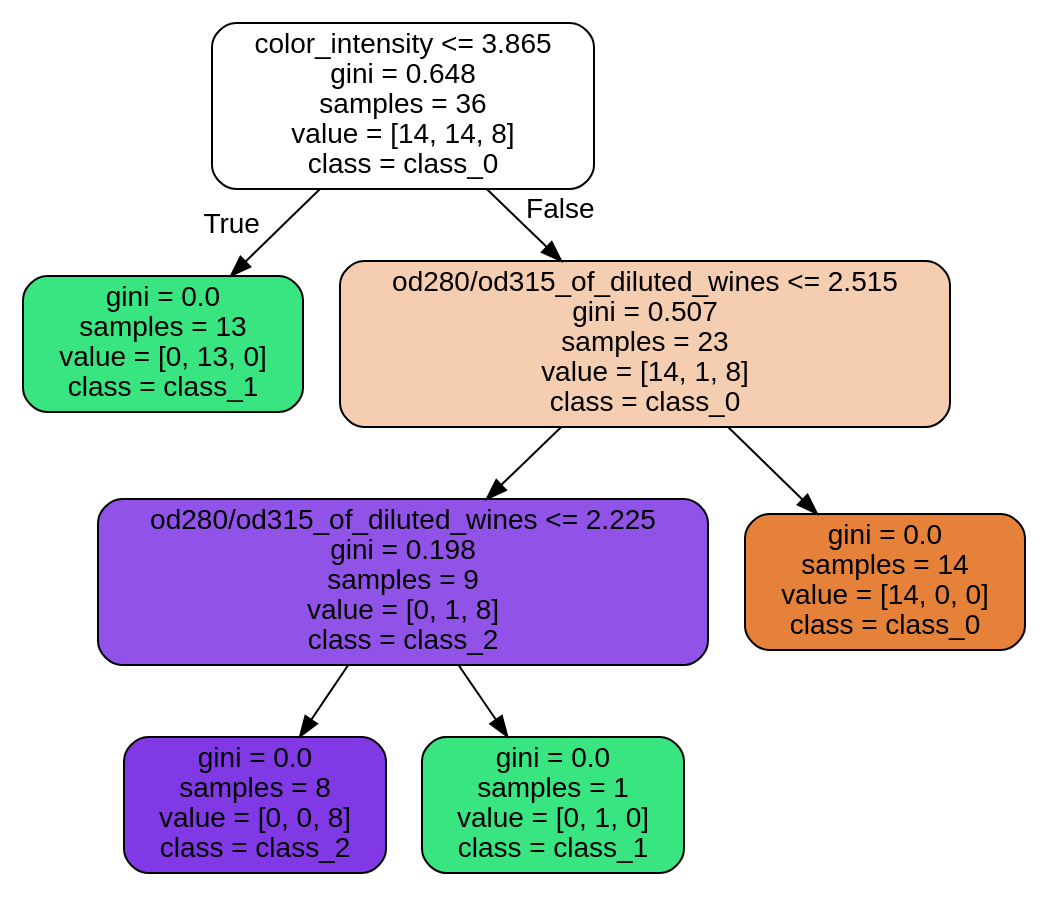
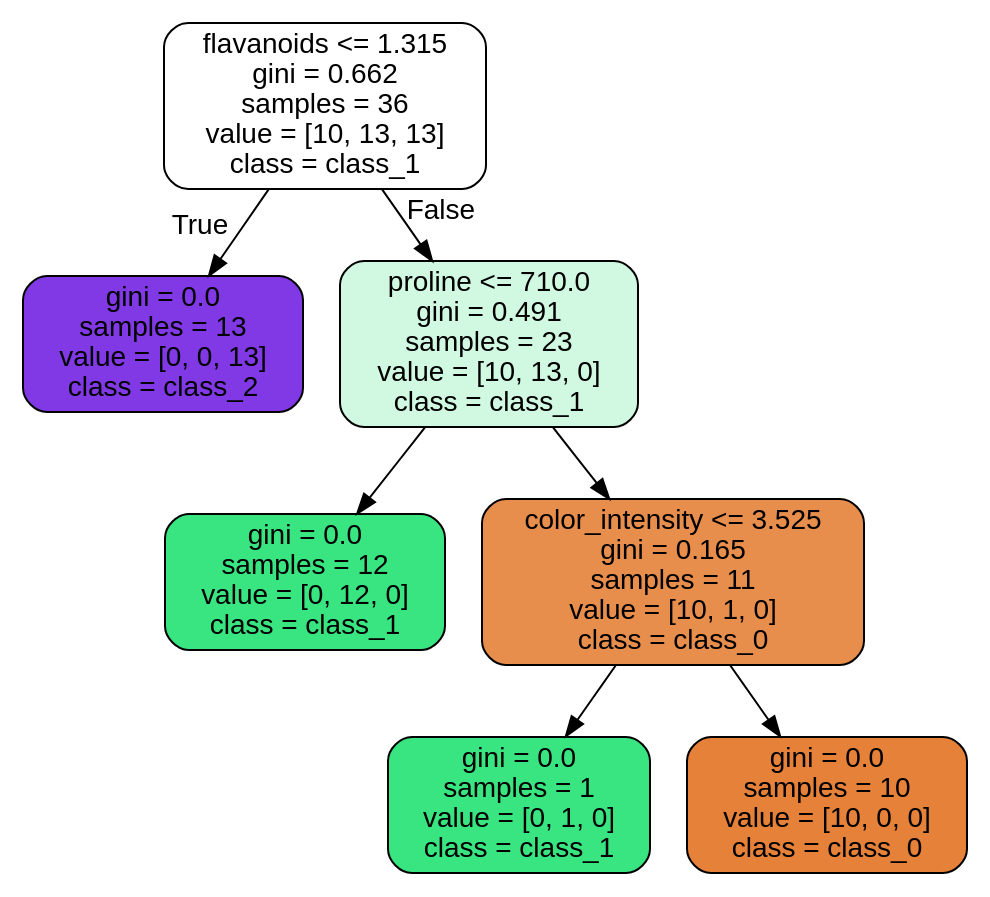
The diagram in images/decision_trees/wine_tree_test.dot (JoseDeJesusMendozaBecerril/Practica4_MineriaDeDatos), drawn with Graphviz before and after one commit. The commit also changed 8 other files, not shown here.

```diff
--- a/images/decision_trees/wine_tree_test.dot
+++ b/images/decision_trees/wine_tree_test.dot
@@ -1,17 +1,17 @@
 digraph Tree {
 node [shape=box, style="filled, rounded", color="black", fontname=helvetica] ;
 edge [fontname=helvetica] ;
-0 [label="color_intensity <= 3.865\ngini = 0.648\nsamples = 36\nvalue = [14, 14, 8]\nclass = class_0", fillcolor="#ffffff"] ;
-1 [label="gini = 0.0\nsamples = 13\nvalue = [0, 13, 0]\nclass = class_1", fillcolor="#39e581"] ;
+0 [label="flavanoids <= 1.315\ngini = 0.662\nsamples = 36\nvalue = [10, 13, 13]\nclass = class_1", fillcolor="#ffffff"] ;
+1 [label="gini = 0.0\nsamples = 13\nvalue = [0, 0, 13]\nclass = class_2", fillcolor="#8139e5"] ;
 0 -> 1 [labeldistance=2.5, labelangle=45, headlabel="True"] ;
-2 [label="od280/od315_of_diluted_wines <= 2.515\ngini = 0.507\nsamples = 23\nvalue = [14, 1, 8]\nclass = class_0", fillcolor="#f5cdb0"] ;
+2 [label="proline <= 710.0\ngini = 0.491\nsamples = 23\nvalue = [10, 13, 0]\nclass = class_1", fillcolor="#d1f9e2"] ;
 0 -> 2 [labeldistance=2.5, labelangle=-45, headlabel="False"] ;
-3 [label="od280/od315_of_diluted_wines <= 2.225\ngini = 0.198\nsamples = 9\nvalue = [0, 1, 8]\nclass = class_2", fillcolor="#9152e8"] ;
+3 [label="gini = 0.0\nsamples = 12\nvalue = [0, 12, 0]\nclass = class_1", fillcolor="#39e581"] ;
 2 -> 3 ;
-4 [label="gini = 0.0\nsamples = 8\nvalue = [0, 0, 8]\nclass = class_2", fillcolor="#8139e5"] ;
-3 -> 4 ;
+4 [label="color_intensity <= 3.525\ngini = 0.165\nsamples = 11\nvalue = [10, 1, 0]\nclass = class_0", fillcolor="#e88e4d"] ;
+2 -> 4 ;
 5 [label="gini = 0.0\nsamples = 1\nvalue = [0, 1, 0]\nclass = class_1", fillcolor="#39e581"] ;
-3 -> 5 ;
-6 [label="gini = 0.0\nsamples = 14\nvalue = [14, 0, 0]\nclass = class_0", fillcolor="#e58139"] ;
-2 -> 6 ;
+4 -> 5 ;
+6 [label="gini = 0.0\nsamples = 10\nvalue = [10, 0, 0]\nclass = class_0", fillcolor="#e58139"] ;
+4 -> 6 ;
 }
```
